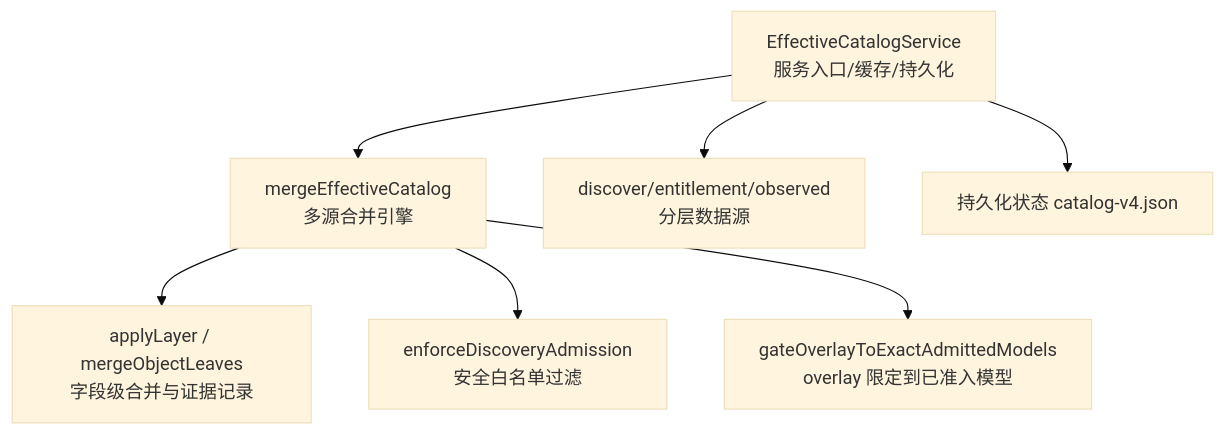
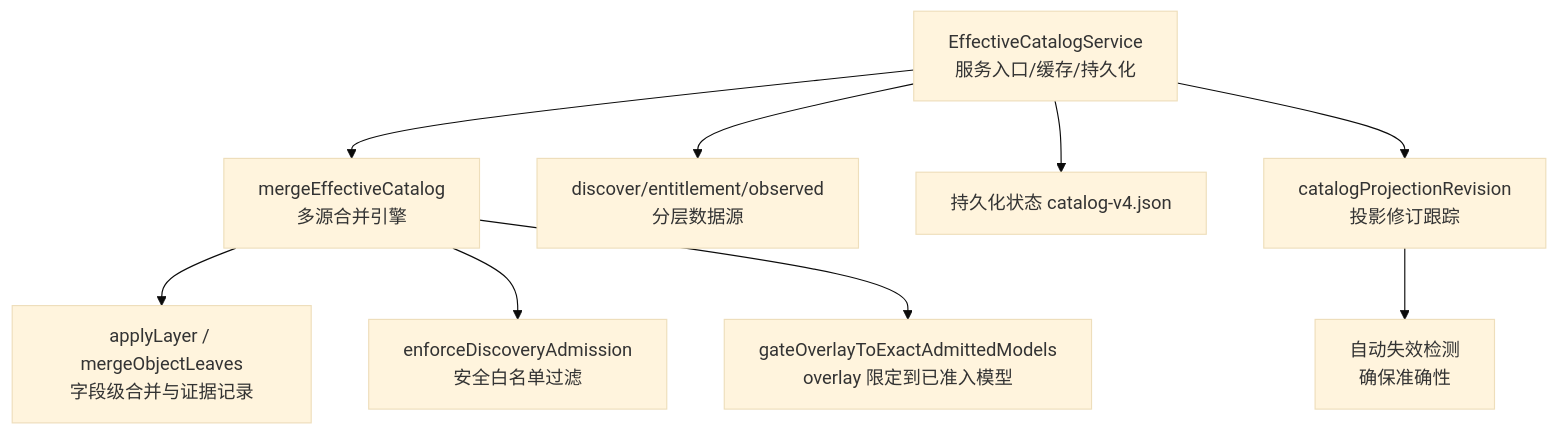
One commit to haolange/RDC-Agent changed the first of 6 diagrams in .qoder/repowiki/zh/content/核心模块/Provider 系统/有效配置计算.md. Above: the diagram before and after it, drawn with Mermaid (base theme). The commit also changed other lines of this file and 12 other files, not shown here.

````diff
--- a/.qoder/repowiki/zh/content/核心模块/Provider 系统/有效配置计算.md
+++ b/.qoder/repowiki/zh/content/核心模块/Provider 系统/有效配置计算.md
@@ -36,9 +44,11 @@
 ```mermaid
 graph TB
 A["EffectiveCatalogService<br/>服务入口/缓存/持久化"] --> B["mergeEffectiveCatalog<br/>多源合并引擎"]
 B --> C["applyLayer / mergeObjectLeaves<br/>字段级合并与证据记录"]
 B --> D["enforceDiscoveryAdmission<br/>安全白名单过滤"]
 B --> E["gateOverlayToExactAdmittedModels<br/>overlay 限定到已准入模型"]
 A --> F["discover/entitlement/observed<br/>分层数据源"]
 A --> G["持久化状态 catalog-v4.json"]
+A --> H["catalogProjectionRevision<br/>投影修订跟踪"]
+H --> I["自动失效检测<br/>确保准确性"]
 ```
````
